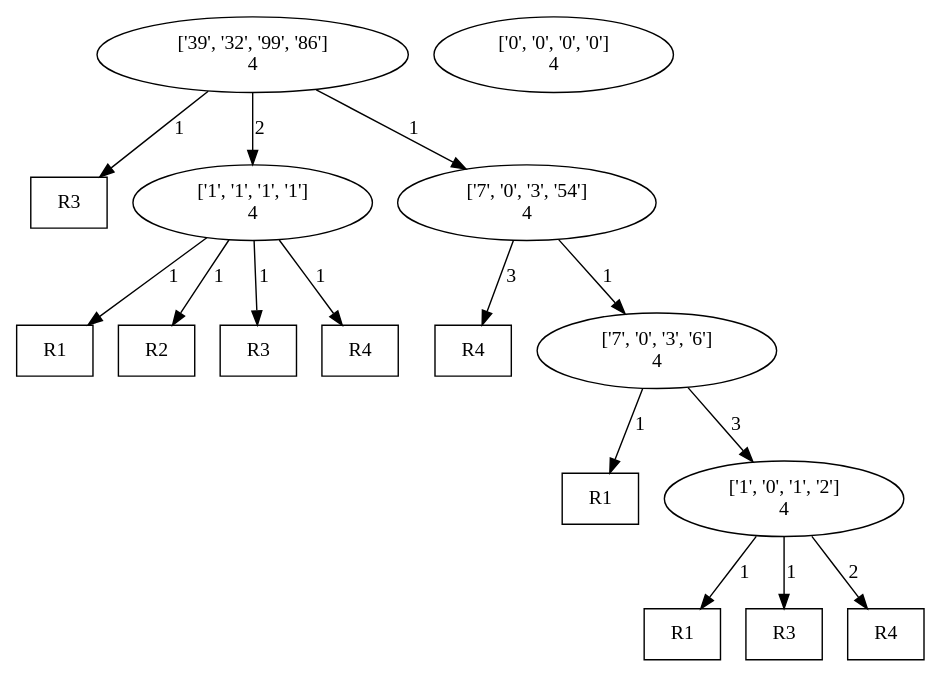
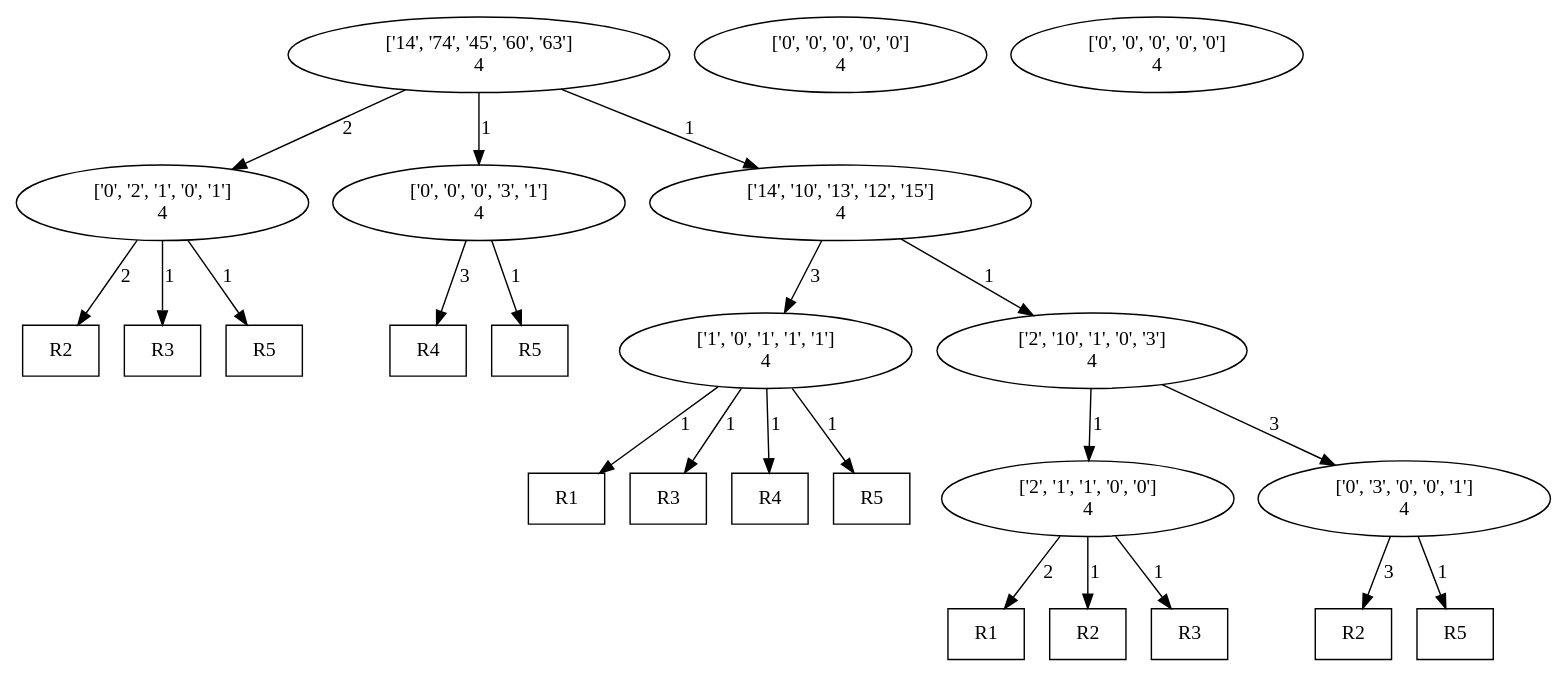
Before and after one commit to AbhikKhan/ApproximatedSAT: the diagram in PossibleRatios/skeletonTreeAfterAnnotation.dot, drawn with Graphviz. The commit also changed 9642 other files, not shown here.

```diff
--- a/PossibleRatios/skeletonTreeAfterAnnotation.dot
+++ b/PossibleRatios/skeletonTreeAfterAnnotation.dot
@@ -1,23 +1,34 @@
 digraph "DD" { 
 graph [ ordering = "out"];
-1 [label = "['39', '32', '99', '86']\n4"];
-5000 [shape="box",label = "R3"];
-1 -> 5000[label =1];2 [label = "['1', '1', '1', '1']\n4"];
-5001 [shape="box",label = "R1"];
-2 -> 5001[label =1];5002 [shape="box",label = "R2"];
-2 -> 5002[label =1];5003 [shape="box",label = "R3"];
-2 -> 5003[label =1];5004 [shape="box",label = "R4"];
-2 -> 5004[label =1];3 [label = "['7', '0', '3', '54']\n4"];
-5005 [shape="box",label = "R4"];
-3 -> 5005[label =3];4 [label = "['7', '0', '3', '6']\n4"];
-5006 [shape="box",label = "R1"];
-4 -> 5006[label =1];5 [label = "['1', '0', '1', '2']\n4"];
-5007 [shape="box",label = "R1"];
-5 -> 5007[label =1];5008 [shape="box",label = "R3"];
-5 -> 5008[label =1];5009 [shape="box",label = "R4"];
-5 -> 5009[label =2];6 [label = "['0', '0', '0', '0']\n4"];
-1 -> 2[label = 2];
+1 [label = "['14', '74', '45', '60', '63']\n4"];
+2 [label = "['0', '2', '1', '0', '1']\n4"];
+5000 [shape="box",label = "R2"];
+2 -> 5000[label =2];5001 [shape="box",label = "R3"];
+2 -> 5001[label =1];5002 [shape="box",label = "R5"];
+2 -> 5002[label =1];3 [label = "['0', '0', '0', '3', '1']\n4"];
+5003 [shape="box",label = "R4"];
+3 -> 5003[label =3];5004 [shape="box",label = "R5"];
+3 -> 5004[label =1];4 [label = "['14', '10', '13', '12', '15']\n4"];
+5 [label = "['1', '0', '1', '1', '1']\n4"];
+5005 [shape="box",label = "R1"];
+5 -> 5005[label =1];5006 [shape="box",label = "R3"];
+5 -> 5006[label =1];5007 [shape="box",label = "R4"];
+5 -> 5007[label =1];5008 [shape="box",label = "R5"];
+5 -> 5008[label =1];6 [label = "['0', '0', '0', '0', '0']\n4"];
+7 [label = "['0', '0', '0', '0', '0']\n4"];
+8 [label = "['2', '10', '1', '0', '3']\n4"];
+9 [label = "['2', '1', '1', '0', '0']\n4"];
+5009 [shape="box",label = "R1"];
+9 -> 5009[label =2];5010 [shape="box",label = "R2"];
+9 -> 5010[label =1];5011 [shape="box",label = "R3"];
+9 -> 5011[label =1];10 [label = "['0', '3', '0', '0', '1']\n4"];
+5012 [shape="box",label = "R2"];
+10 -> 5012[label =3];5013 [shape="box",label = "R5"];
+10 -> 5013[label =1];1 -> 2[label = 2];
 1 -> 3[label = 1];
-3 -> 4[label = 1];
+1 -> 4[label = 1];
 4 -> 5[label = 3];
+4 -> 8[label = 1];
+8 -> 9[label = 1];
+8 -> 10[label = 3];
 }
```
